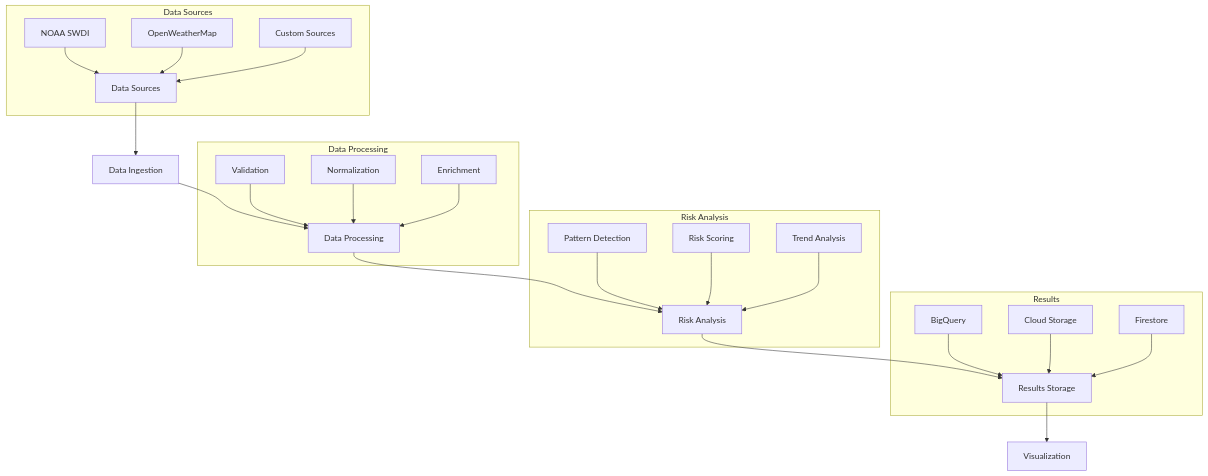
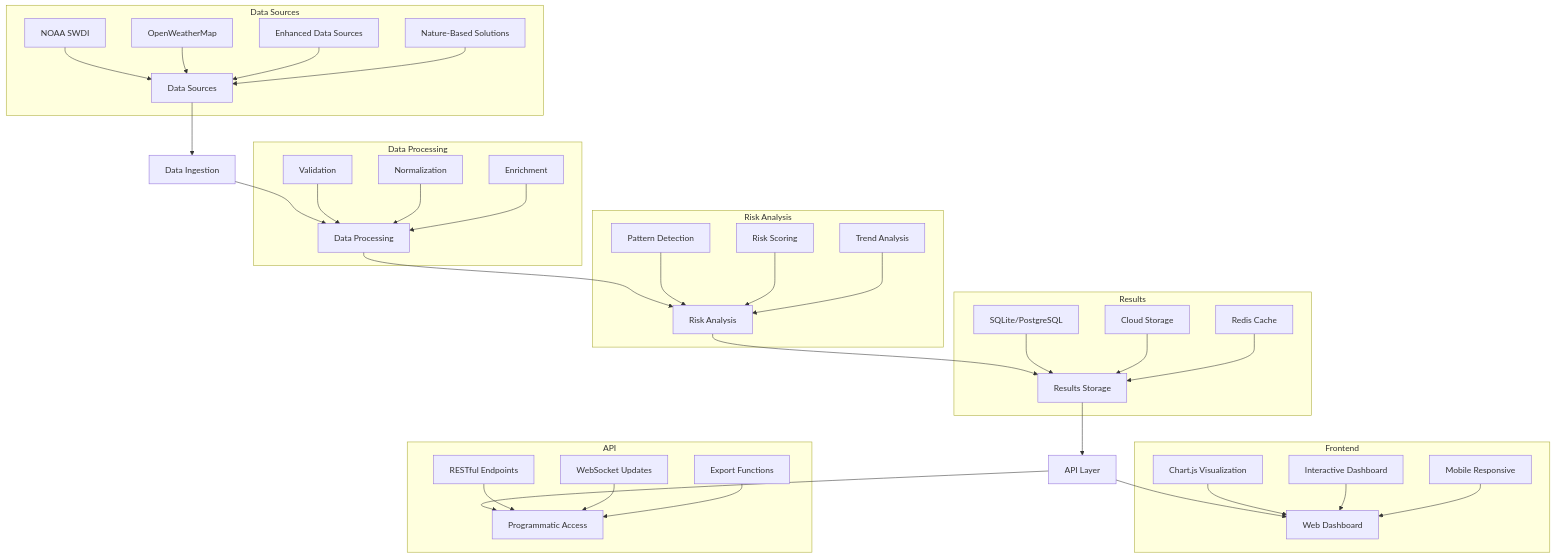
The diagram in README.md (leighanne77/MAS_Extreme_Weather), drawn with Mermaid before and after one commit. The commit also changed other lines of this file and 13 other files, not shown here.

````diff
--- a/README.md
+++ b/README.md
@@ -216,32 +316,47 @@
 ```mermaid
 graph TD
     A[Data Sources] --> B[Data Ingestion]
     B --> C[Data Processing]
     C --> D[Risk Analysis]
     D --> E[Results Storage]
-    E --> F[Visualization]
+    E --> F[API Layer]
+    F --> G[Web Dashboard]
+    F --> H[Programmatic Access]
 
     subgraph "Data Sources"
         A1[NOAA SWDI] --> A
         A2[OpenWeatherMap] --> A
-        A3[Custom Sources] --> A
+        A3[Enhanced Data Sources] --> A
+        A4[Nature-Based Solutions] --> A
     end
 
     subgraph "Data Processing"
         C1[Validation] --> C
         C2[Normalization] --> C
         C3[Enrichment] --> C
     end
 
     subgraph "Risk Analysis"
         D1[Pattern Detection] --> D
         D2[Risk Scoring] --> D
         D3[Trend Analysis] --> D
     end
 
     subgraph "Results"
-        E1[BigQuery] --> E
+        E1[SQLite/PostgreSQL] --> E
         E2[Cloud Storage] --> E
-        E3[Firestore] --> E
+        E3[Redis Cache] --> E
+    end
+
+    subgraph "Frontend"
+        G1[Chart.js Visualization] --> G
+        G2[Interactive Dashboard] --> G
+        G3[Mobile Responsive] --> G
+    end
+
+    subgraph "API"
+        H1[RESTful Endpoints] --> H
+        H2[WebSocket Updates] --> H
+        H3[Export Functions] --> H
     end
 ```
````
